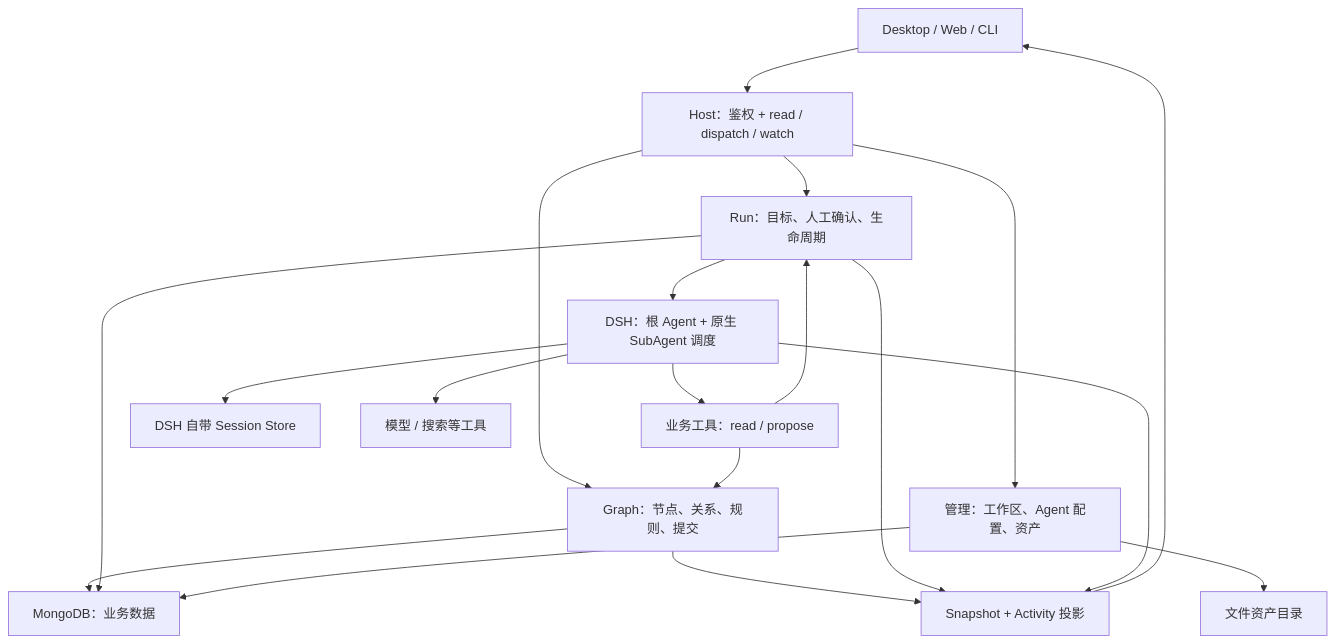
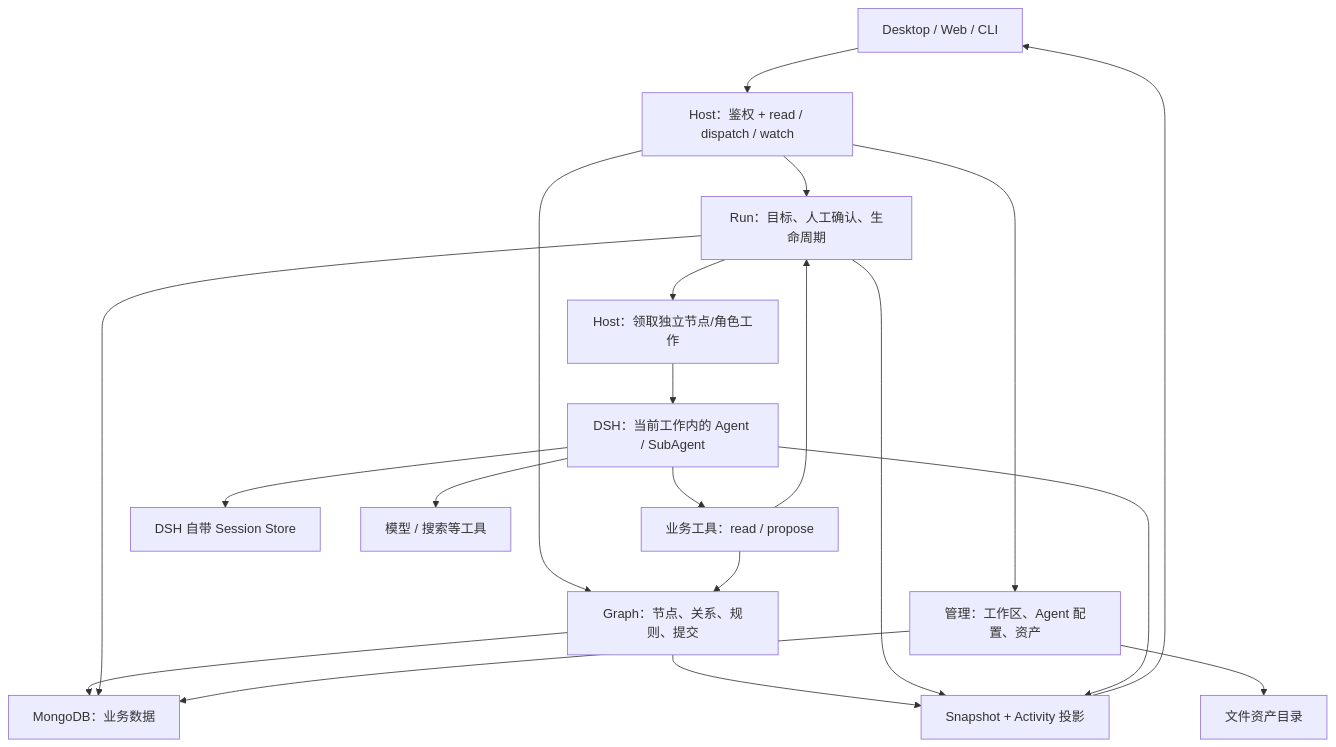
One commit to AUSIO2/ChongMing changed the first of 2 diagrams in develop-docs/050-数据节点织网后端架构.md. Above: the diagram before and after it, drawn with Mermaid. The commit also changed other lines of this file and 66 other files, not shown here.

Commit message:
docs: document architecture migration

````diff
--- a/develop-docs/050-数据节点织网后端架构.md
+++ b/develop-docs/050-数据节点织网后端架构.md
@@ -23,21 +23,22 @@
 ```mermaid
 flowchart TB
   UI["Desktop / Web / CLI"] --> API["Host：鉴权 + read / dispatch / watch"]
   API --> Graph["Graph：节点、关系、规则、提交"]
   API --> Run["Run：目标、人工确认、生命周期"]
   API --> Control["管理：工作区、Agent 配置、资产"]
-  Run --> DSH["DSH：根 Agent + 原生 SubAgent 调度"]
+  Run --> Host["Host：领取独立节点/角色工作"]
+  Host --> DSH["DSH：当前工作内的 Agent / SubAgent"]
   DSH --> Tools["业务工具：read / propose"]
   Tools --> Graph
   Tools --> Run
   Graph --> Mongo["MongoDB：业务数据"]
   Run --> Mongo
   Control --> Mongo
   Control --> Assets["文件资产目录"]
   DSH --> Sessions["DSH 自带 Session Store"]
   DSH --> External["模型 / 搜索等工具"]
   Graph --> View["Snapshot + Activity 投影"]
   Run --> View
   DSH --> View
   View --> UI
 ```
````
